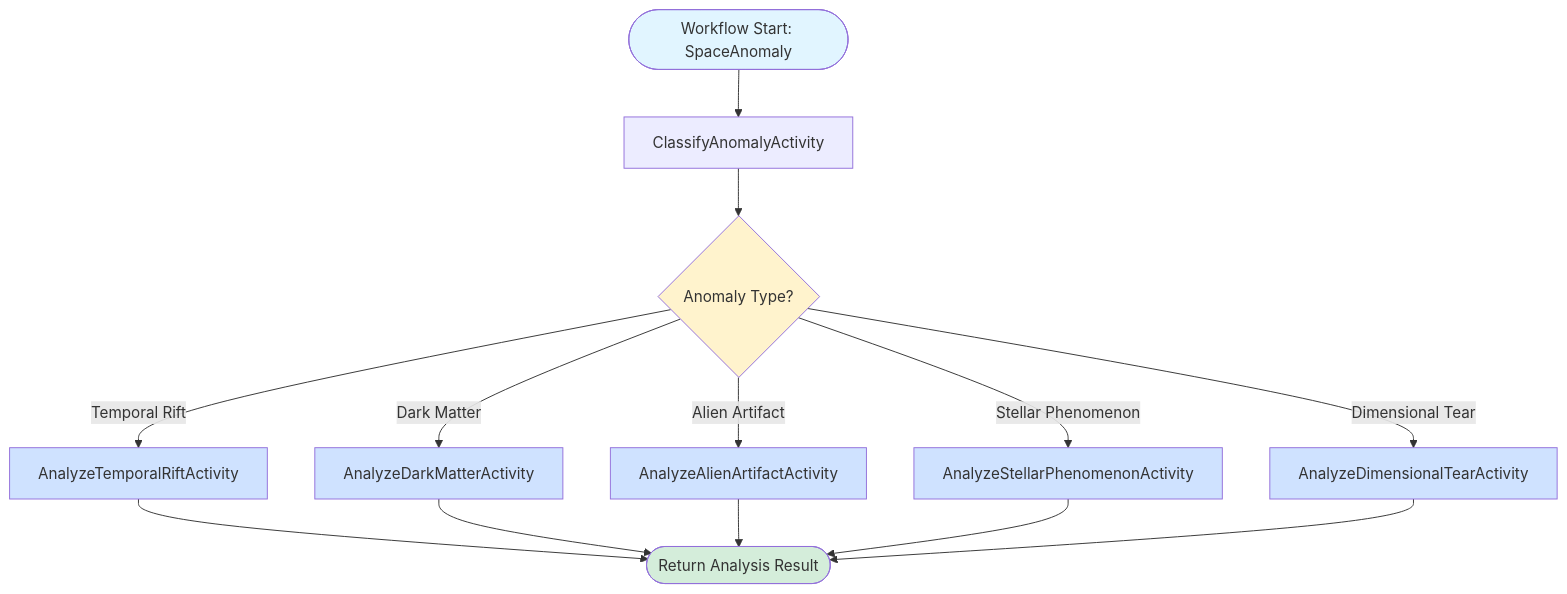
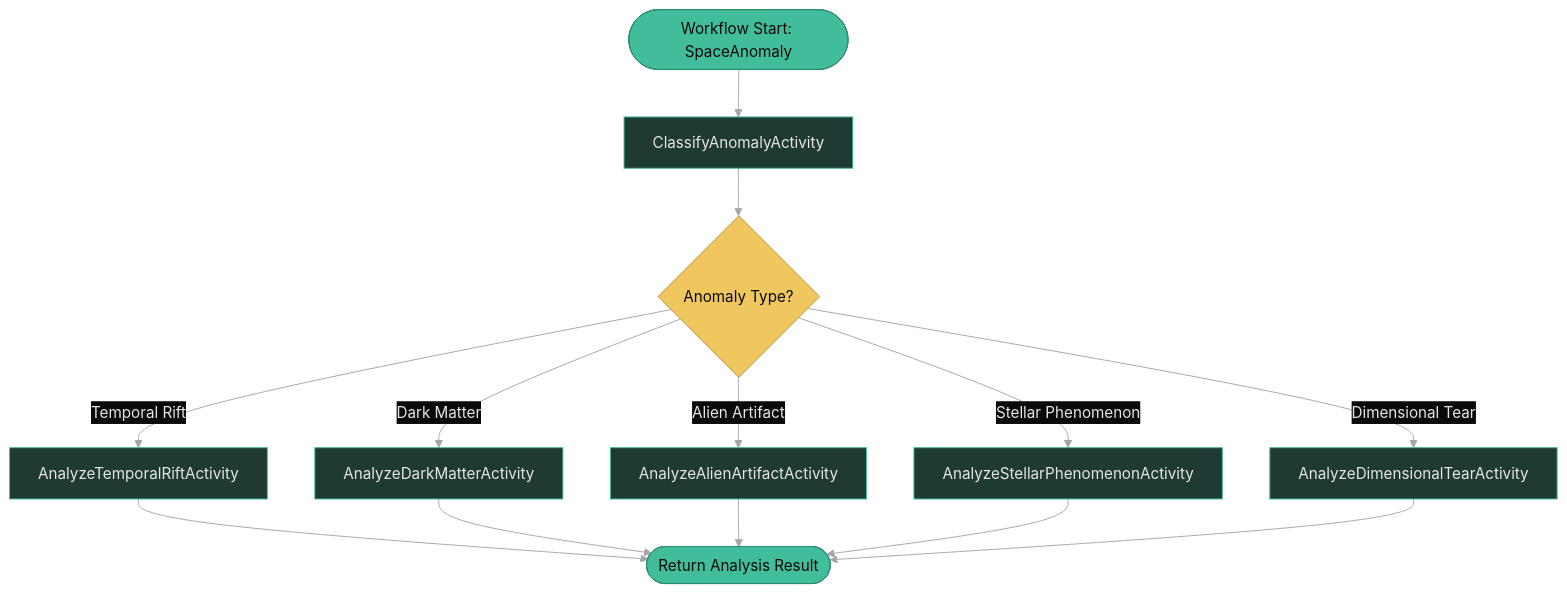
The diagram in .demo/slides/08-routing/08-05-demo-diagram.md (diagrid-labs/dapr-reliable-agentic-systems), drawn with Mermaid before and after one commit. The commit also changed other lines of this file and 55 other files, not shown here.

````diff
--- a/.demo/slides/08-routing/08-05-demo-diagram.md
+++ b/.demo/slides/08-routing/08-05-demo-diagram.md
@@ -5,24 +3,25 @@
 ```mermaid
+%%{init: {"theme":"base","themeVariables":{"background":"#0a0a0a","primaryColor":"#1f3a32","primaryTextColor":"#e6e6e6","primaryBorderColor":"#41BD9B","lineColor":"#A6A6A6","secondaryColor":"#111315","tertiaryColor":"#111315","clusterBkg":"#111315","clusterBorder":"#41BD9B","titleColor":"#F0C75E","edgeLabelBackground":"#0a0a0a","noteBkgColor":"#111315","noteTextColor":"#e6e6e6","noteBorderColor":"#41BD9B","actorBkg":"#1f3a32","actorBorder":"#41BD9B","actorTextColor":"#e6e6e6","actorLineColor":"#A6A6A6","signalColor":"#A6A6A6","signalTextColor":"#e6e6e6","labelBoxBkgColor":"#0a0a0a","labelBoxBorderColor":"#41BD9B","labelTextColor":"#e6e6e6","loopTextColor":"#e6e6e6","altSectionBkgColor":"#111315","sectionBkgColor":"#111315","fontFamily":"Geist,sans-serif"}}}%%
 graph TD
     Start([Workflow Start: SpaceAnomaly]) --> A1[ClassifyAnomalyActivity]
     A1 --> Router{Anomaly Type?}
     Router -->|Temporal Rift| A2[AnalyzeTemporalRiftActivity]
     Router -->|Dark Matter| A3[AnalyzeDarkMatterActivity]
     Router -->|Alien Artifact| A4[AnalyzeAlienArtifactActivity]
     Router -->|Stellar Phenomenon| A5[AnalyzeStellarPhenomenonActivity]
     Router -->|Dimensional Tear| A6[AnalyzeDimensionalTearActivity]
     A2 --> End([Return Analysis Result])
     A3 --> End
     A4 --> End
     A5 --> End
     A6 --> End
     
-    style Start fill:#e1f5ff
-    style End fill:#d4edda
-    style Router fill:#fff3cd
-    style A2 fill:#cfe2ff
-    style A3 fill:#cfe2ff
-    style A4 fill:#cfe2ff
-    style A5 fill:#cfe2ff
-    style A6 fill:#cfe2ff
+    style Start fill:#41BD9B,stroke:#2d8a70,color:#0a0a0a
+    style End fill:#41BD9B,stroke:#2d8a70,color:#0a0a0a
+    style Router fill:#F0C75E,stroke:#b8943f,color:#0a0a0a
+    style A2 fill:#1f3a32,stroke:#41BD9B,color:#e6e6e6
+    style A3 fill:#1f3a32,stroke:#41BD9B,color:#e6e6e6
+    style A4 fill:#1f3a32,stroke:#41BD9B,color:#e6e6e6
+    style A5 fill:#1f3a32,stroke:#41BD9B,color:#e6e6e6
+    style A6 fill:#1f3a32,stroke:#41BD9B,color:#e6e6e6
 ```
````
